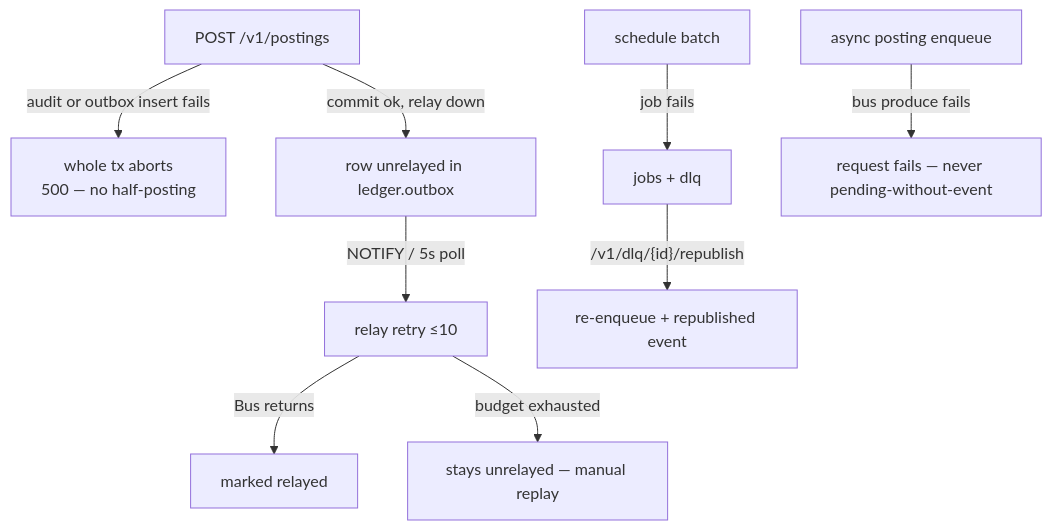
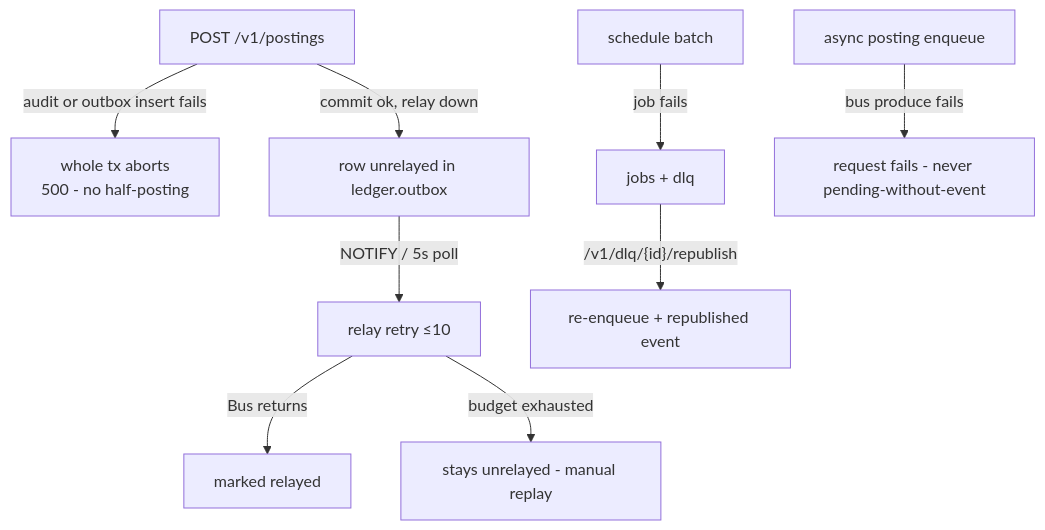
One commit to Bank8-dev/bank8-site changed the seventh of 8 diagrams in docs/products/ledger/design.md. Above: the diagram before and after it, drawn with Mermaid. The commit also changed other lines of this file and 53 other files, not shown here.

````diff
--- a/docs/products/ledger/design.md
+++ b/docs/products/ledger/design.md
@@ -311,11 +311,11 @@
 ```mermaid
 flowchart TD
-    P["POST /v1/postings"] -->|"audit or outbox insert fails"| AB["whole tx aborts<br/>500 — no half-posting"]
+    P["POST /v1/postings"] -->|"audit or outbox insert fails"| AB["whole tx aborts<br/>500 - no half-posting"]
     P -->|"commit ok, relay down"| ROW["row unrelayed in ledger.outbox"]
     ROW -->|"NOTIFY / 5s poll"| RETRY["relay retry ≤10"]
     RETRY -->|"Bus returns"| OK["marked relayed"]
-    RETRY -->|"budget exhausted"| STUCK["stays unrelayed — manual replay"]
+    RETRY -->|"budget exhausted"| STUCK["stays unrelayed - manual replay"]
     S["schedule batch"] -->|"job fails"| JD["jobs + dlq"]
     JD -->|"/v1/dlq/{id}/republish"| RE["re-enqueue + republished event"]
-    AS["async posting enqueue"] -->|"bus produce fails"| ERR["request fails — never pending-without-event"]
+    AS["async posting enqueue"] -->|"bus produce fails"| ERR["request fails - never pending-without-event"]
 ```
````
